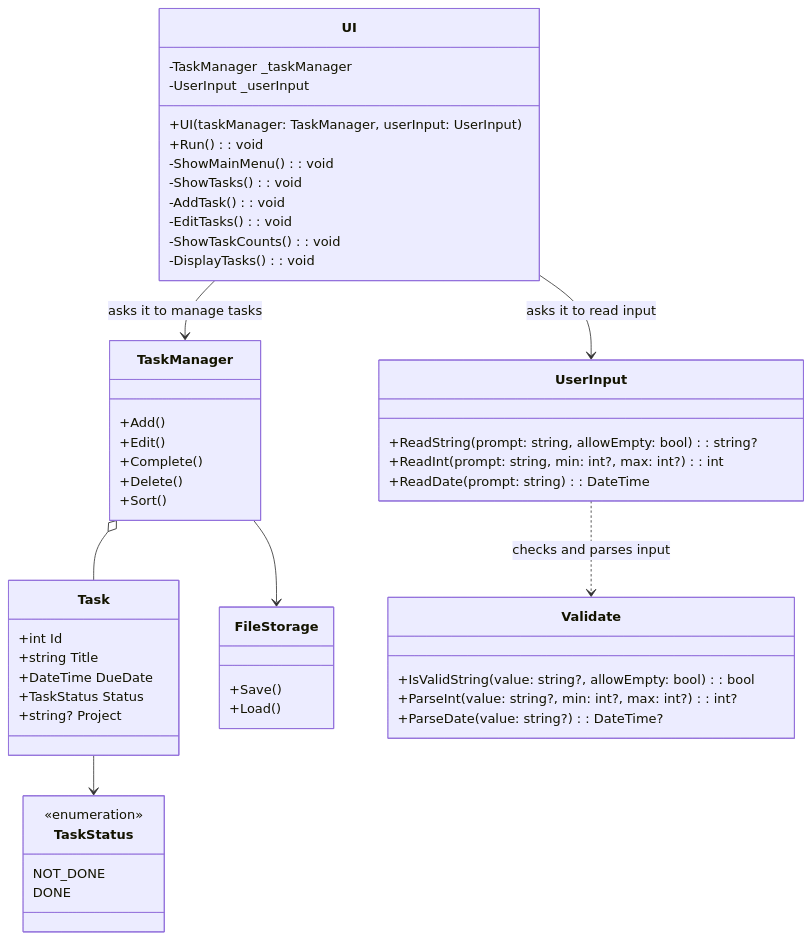
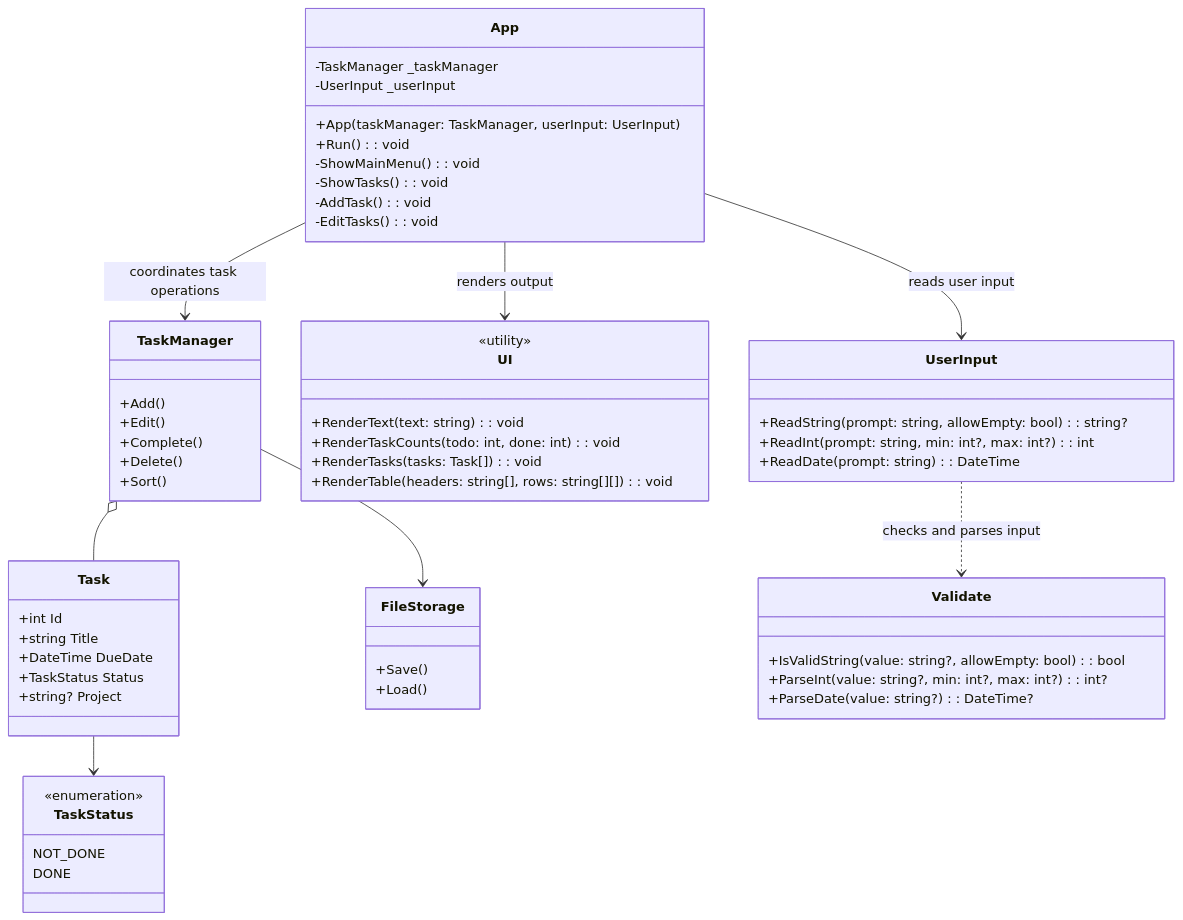
The diagram in TooDoo/docs/Planning.md (johannes-hernehult/todo_app-too_doo), drawn with Mermaid before and after one commit. The commit also changed other lines of this file, not shown here.

Commit message:
docs: separate app flow from UI rendering utilities

`````diff
--- a/TooDoo/docs/Planning.md
+++ b/TooDoo/docs/Planning.md
@@ -87,61 +88,68 @@
 ```mermaid
 classDiagram
   class Task {
     +int Id
     +string Title
     +DateTime DueDate
     +TaskStatus Status
     +string? Project
   }
 
   class TaskStatus {
     <<enumeration>>
     NOT_DONE
     DONE
   }
 
   class TaskManager {
     +Add()
     +Edit()
     +Complete()
     +Delete()
     +Sort()
   }
 
   class FileStorage {
     +Save()
     +Load()
   }
 
-  class UI {
+  class App {
     -TaskManager _taskManager
     -UserInput _userInput
-    +UI(taskManager: TaskManager, userInput: UserInput)
+    +App(taskManager: TaskManager, userInput: UserInput)
     +Run(): void
     -ShowMainMenu(): void
     -ShowTasks(): void
     -AddTask(): void
     -EditTasks(): void
-    -ShowTaskCounts(): void
-    -DisplayTasks(): void
+  }
+
+  class UI {
+    <<utility>>
+    +RenderText(text: string): void
+    +RenderTaskCounts(todo: int, done: int): void
+    +RenderTasks(tasks: Task[]): void
+    +RenderTable(headers: string[], rows: string[][]): void
   }
 
   class UserInput {
     +ReadString(prompt: string, allowEmpty: bool): string?
     +ReadInt(prompt: string, min: int?, max: int?): int
     +ReadDate(prompt: string): DateTime
   }
 
   class Validate {
     +IsValidString(value: string?, allowEmpty: bool): bool
     +ParseInt(value: string?, min: int?, max: int?): int?
     +ParseDate(value: string?): DateTime?
   }
 
   Task --> TaskStatus
   TaskManager o-- Task
   TaskManager --> FileStorage
-  UI --> TaskManager : asks it to manage tasks
-  UI --> UserInput : asks it to read input
+  App --> TaskManager : coordinates task operations
+  App --> UserInput : reads user input
+  App --> UI : renders output
   UserInput ..> Validate : checks and parses input
-```
+````
`````
